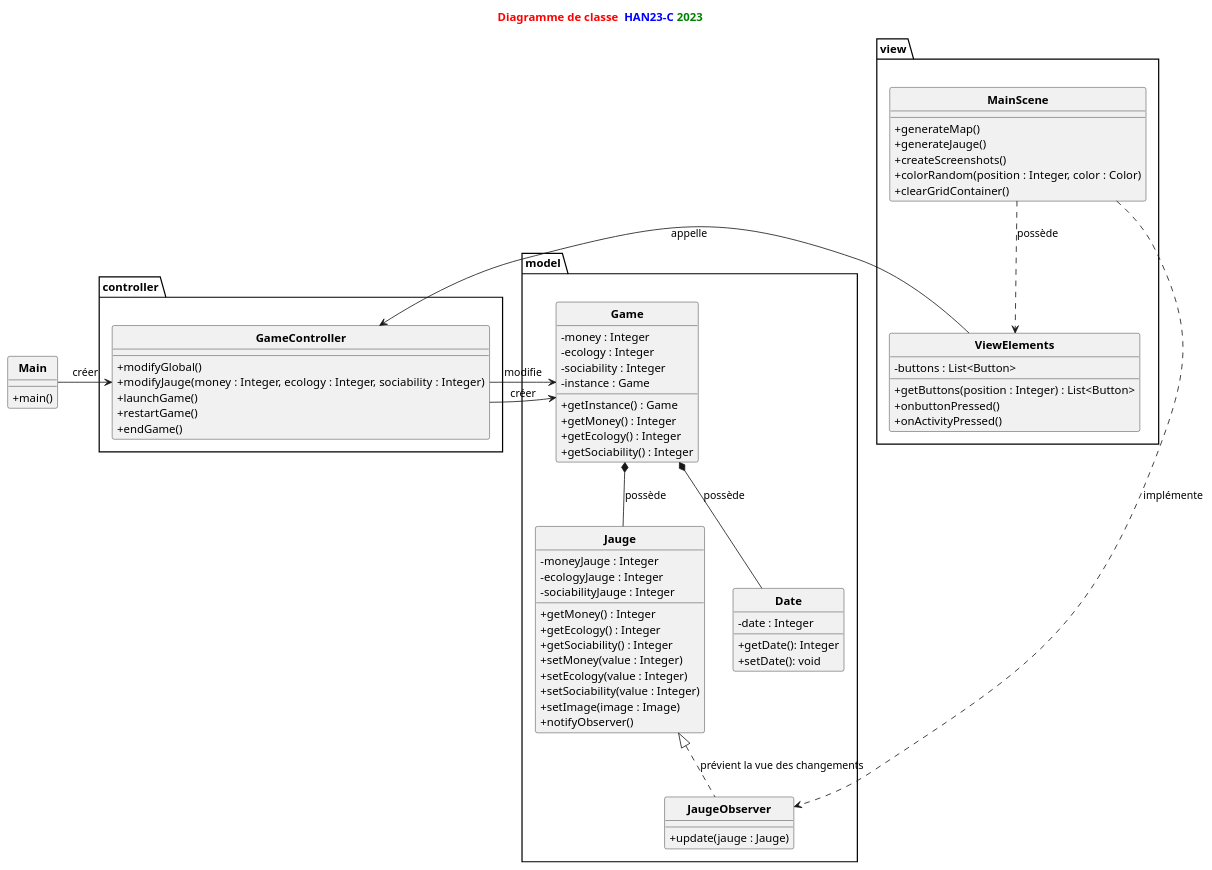
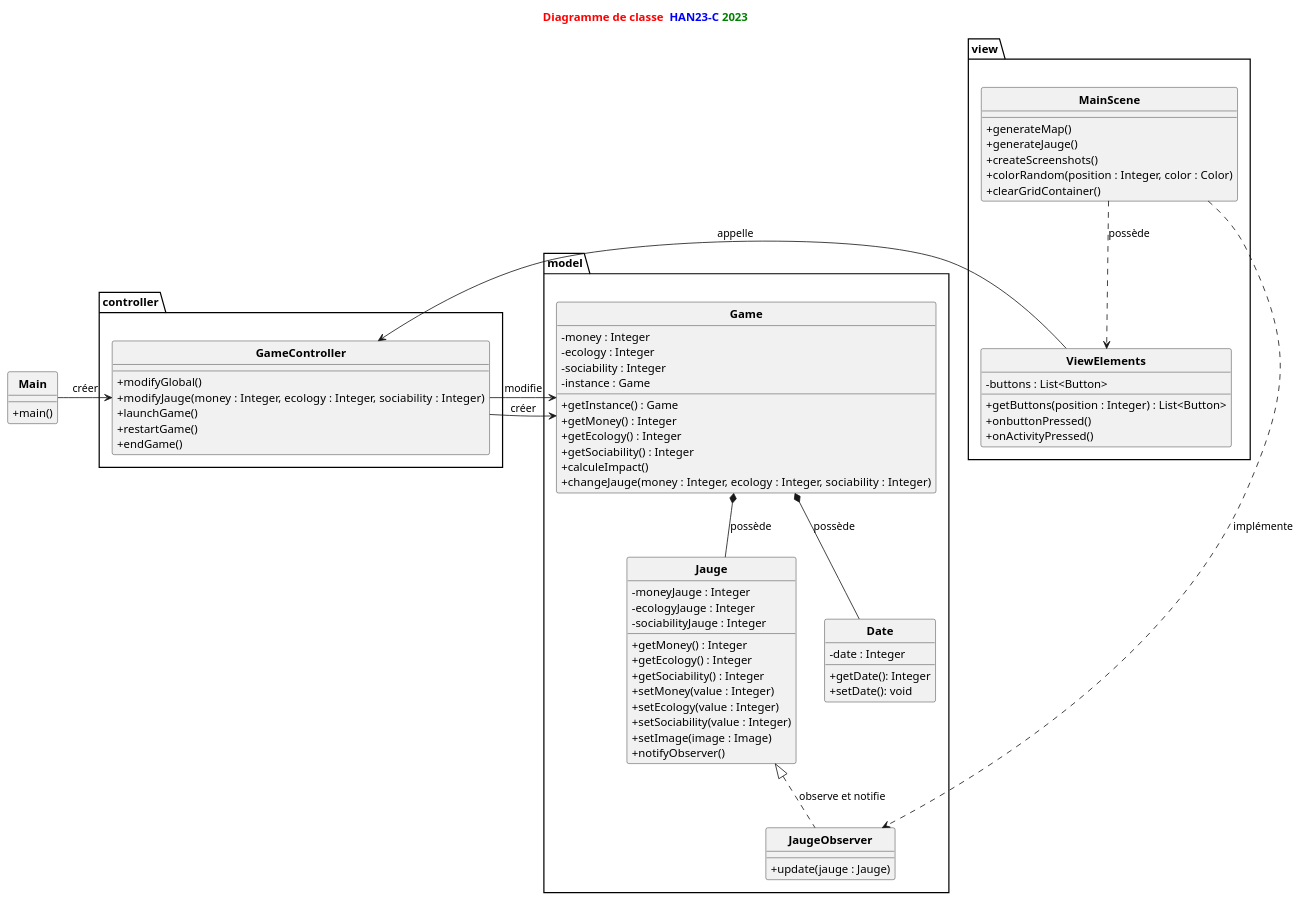
One commit to MaxDevelo/Serious-Game changed the diagram in class_diagram.puml. Above: the diagram before and after it, drawn with PlantUML. The commit also changed 3 other files, not shown here.

```diff
--- a/class_diagram.puml
+++ b/class_diagram.puml
@@ -1,97 +1,99 @@
 skinparam style strictuml
 skinparam classAttributeIconSize 0
 skinparam classFontStyle Bold
 hide enum methods
 
 title <font color="red">Diagramme de classe </font> <font color="blue">HAN23-C</font> <font color="green">2023</font>
 
 package model {
     class Jauge  {
         - moneyJauge : Integer
         - ecologyJauge : Integer
         - sociabilityJauge : Integer
         + getMoney() : Integer
         + getEcology() : Integer
         + getSociability() : Integer
         + setMoney(value : Integer)
         + setEcology(value : Integer)
         + setSociability(value : Integer)
         + setImage(image : Image)
         + notifyObserver()
     }
 
     class JaugeObserver {
         + update(jauge : Jauge)
     }
 
 
     class Game {
         - money : Integer
         - ecology : Integer
         - sociability : Integer
         - instance : Game
         + getInstance() : Game
         + getMoney() : Integer
         + getEcology() : Integer
         + getSociability() : Integer
+        + calculeImpact()
+        + changeJauge(money : Integer, ecology : Integer, sociability : Integer)
     }
 
     class Date {
         - date : Integer
         + getDate(): Integer
         + setDate(): void
     }
 }
 
 package view {
     class MainScene {
         + generateMap()
         + generateJauge()
         + createScreenshots()
         + colorRandom(position : Integer, color : Color)
         + clearGridContainer()
     }
 
     class ViewElements {
         - buttons : List<Button>
         + getButtons(position : Integer) : List<Button>
         + onbuttonPressed() 
         + onActivityPressed()
 
     }
 }
 
 MainScene ..> ViewElements : "possède"
 
 package controller {
     class GameController {
         + modifyGlobal()
         + modifyJauge(money : Integer, ecology : Integer, sociability : Integer)
         + launchGame()
         + restartGame()
         + endGame()
     }
 
 }
 
 package model {
-    Jauge <|.. JaugeObserver : "prévient la vue des changements"
+    Jauge <|.. JaugeObserver : "observe et notifie"
     Game *-- Date : "possède"
     Game *-- Jauge : "possède"
 }
 
 class Main {
     + main()
 }
 
 Main -> GameController : "créer"
 
 
 GameController -> Game : "créer"
 GameController -> Game : "modifie"
 
 
 MainScene ..> JaugeObserver : "implémente"
 ViewElements -> GameController : "appelle"
 
 @enduml
```
